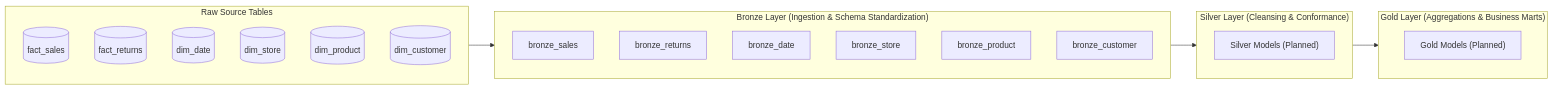
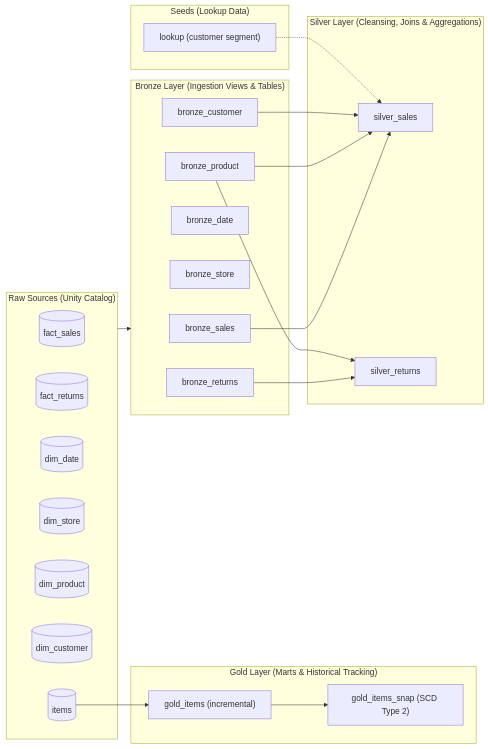
Before and after one commit to DanyK1988/dbt_databricks_pipeline: the diagram in README.md, drawn with Mermaid. The commit also changed other lines of this file and 4 other files, not shown here.

````diff
--- a/README.md
+++ b/README.md
@@ -11,32 +11,45 @@
 ```mermaid
 flowchart LR
-    subgraph Sources ["Raw Source Tables"]
+    subgraph Sources ["Raw Sources (Unity Catalog)"]
         S1[("fact_sales")]
         S2[("fact_returns")]
         S3[("dim_date")]
         S4[("dim_store")]
         S5[("dim_product")]
         S6[("dim_customer")]
+        S7[("items")]
     end
 
-    subgraph Bronze ["Bronze Layer (Ingestion & Schema Standardization)"]
+    subgraph Seeds ["Seeds (Lookup Data)"]
+        SD1["lookup (customer segment)"]
+    end
+
+    subgraph Bronze ["Bronze Layer (Ingestion Views & Tables)"]
         B1["bronze_sales"]
         B2["bronze_returns"]
         B3["bronze_date"]
         B4["bronze_store"]
         B5["bronze_product"]
         B6["bronze_customer"]
     end
 
-    subgraph Silver ["Silver Layer (Cleansing & Conformance)"]
-        SV["Silver Models (Planned)"]
+    subgraph Silver ["Silver Layer (Cleansing, Joins & Aggregations)"]
+        SV1["silver_sales"]
+        SV2["silver_returns"]
     end
 
-    subgraph Gold ["Gold Layer (Aggregations & Business Marts)"]
-        GD["Gold Models (Planned)"]
+    subgraph Gold ["Gold Layer (Marts & Historical Tracking)"]
+        G1["gold_items (incremental)"]
+        SNAP["gold_items_snap (SCD Type 2)"]
     end
 
     Sources --> Bronze
-    Bronze --> Silver
-    Silver --> Gold
+    S7 --> G1
+    B1 --> SV1
+    B5 --> SV1
+    B6 --> SV1
+    B2 --> SV2
+    B5 --> SV2
+    G1 --> SNAP
+    SD1 -.-> SV1
 ```
````
